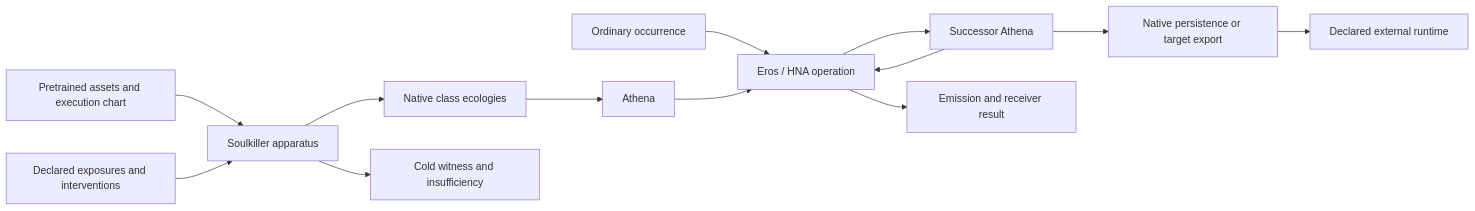
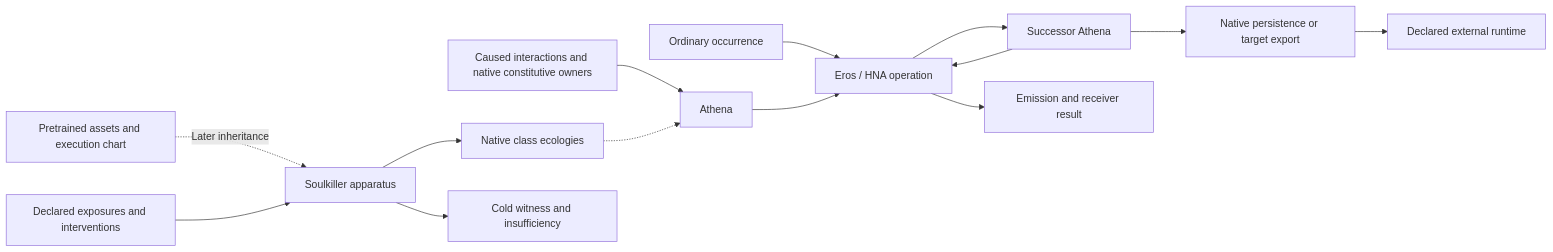
One commit to brandonrdug/holonics changed the diagram in docs/ARCHITECTURE.md. Above: the diagram before and after it, drawn with Mermaid. The commit also changed other lines of this file and 28 other files, not shown here.

````diff
--- a/docs/ARCHITECTURE.md
+++ b/docs/ARCHITECTURE.md
@@ -42,15 +46,16 @@
 ```mermaid
 flowchart LR
-    F[Pretrained assets and execution chart] --> S[Soulkiller apparatus]
+    C[Caused interactions and native constitutive owners] --> A[Athena]
+    F[Pretrained assets and execution chart] -. Later inheritance .-> S[Soulkiller apparatus]
     X[Declared exposures and interventions] --> S
     S --> N[Native class ecologies]
     S --> W[Cold witness and insufficiency]
-    N --> A[Athena]
+    N -.-> A
     O[Ordinary occurrence] --> E[Eros / HNA operation]
     A --> E
     E --> A2[Successor Athena]
     E --> R[Emission and receiver result]
     A2 --> E
     A2 --> P[Native persistence or target export]
     P --> T[Declared external runtime]
 ```
````
